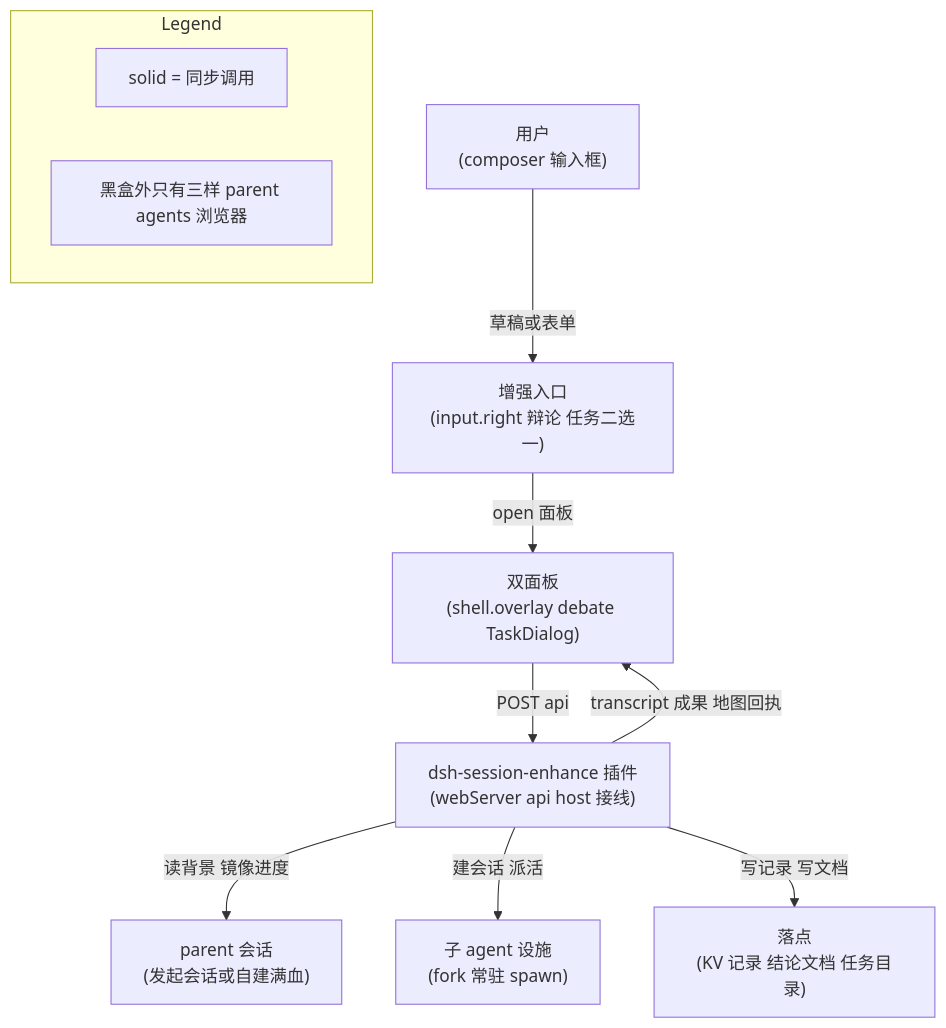
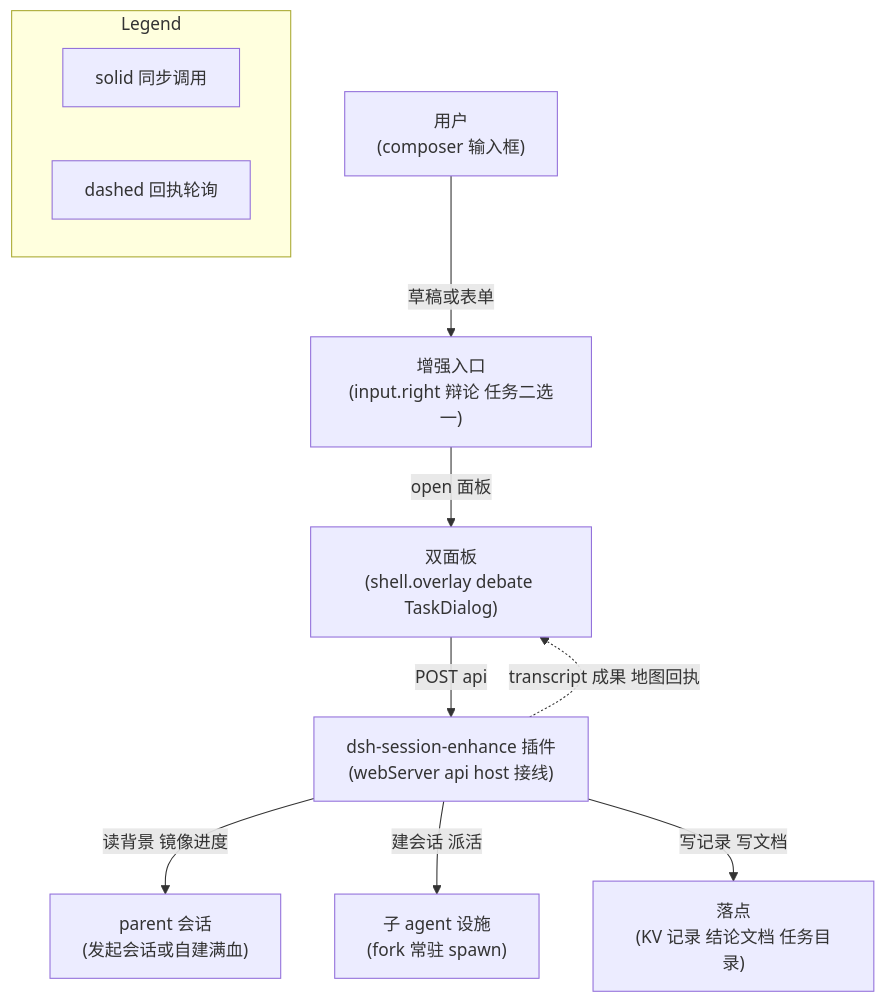
Before and after one commit to doubleelec/dsh-debate: the first of 2 diagrams in docs/architecture.md, drawn with Mermaid. The commit also changed other lines of this file and 6 other files, not shown here.

````diff
--- a/docs/architecture.md
+++ b/docs/architecture.md
@@ -54,24 +55,24 @@
 ```mermaid
 flowchart TD
     user["用户<br/>(composer 输入框)"]
     menu["增强入口<br/>(input.right 辩论 任务二选一)"]
     panels["双面板<br/>(shell.overlay debate TaskDialog)"]
     plugin["dsh-session-enhance 插件<br/>(webServer api host 接线)"]
     parent["parent 会话<br/>(发起会话或自建满血)"]
     agents["子 agent 设施<br/>(fork 常驻 spawn)"]
     disk["落点<br/>(KV 记录 结论文档 任务目录)"]
 
     user -->|"草稿或表单"| menu
     menu -->|"open 面板"| panels
     panels -->|"POST api"| plugin
     plugin -->|"读背景 镜像进度"| parent
     plugin -->|"建会话 派活"| agents
     plugin -->|"写记录 写文档"| disk
-    plugin -->|"transcript 成果 地图回执"| panels
+    plugin -.->|"transcript 成果 地图回执"| panels
 
     subgraph CtxLegend["Legend"]
         direction LR
-        C1["solid = 同步调用"]
-        C2["黑盒外只有三样 parent agents 浏览器"]
+        C1["solid 同步调用"]
+        C2["dashed 回执轮询"]
     end
 ```
````
